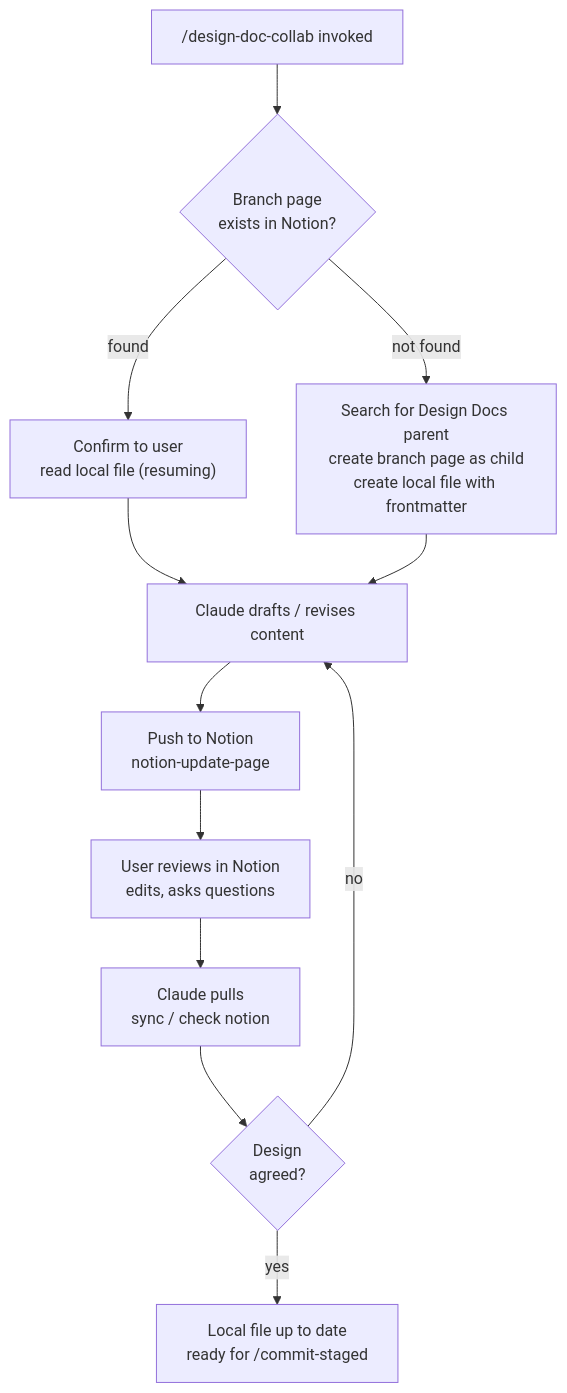
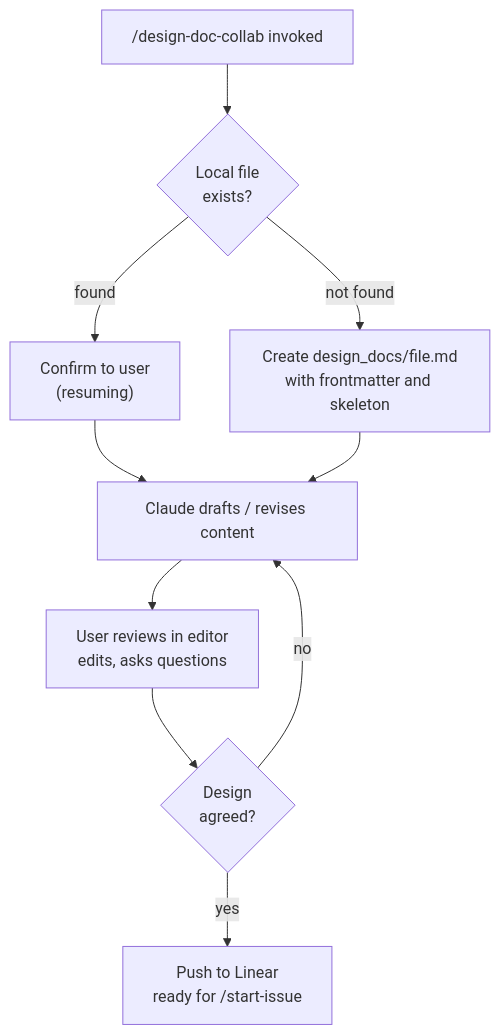
The second of 2 diagrams in README.md (thirdsunhq/dev-workflow), drawn with Mermaid before and after one commit. The commit also changed other lines of this file, not shown here.

First line of the commit message:
docs: update README for Linear stack THI-11

````diff
--- a/README.md
+++ b/README.md
@@ -48,14 +52,12 @@
 ```mermaid
 flowchart TD
-    A["/design-doc-collab invoked"] --> B{"Branch page<br/>exists in Notion?"}
-    B -->|found| C["Confirm to user<br/>read local file (resuming)"]
-    B -->|not found| D["Search for Design Docs parent<br/>create branch page as child<br/>create local file with frontmatter"]
+    A["/design-doc-collab invoked"] --> B{"Local file<br/>exists?"}
+    B -->|found| C["Confirm to user<br/>(resuming)"]
+    B -->|not found| D["Create design_docs/file.md<br/>with frontmatter and skeleton"]
     C --> E["Claude drafts / revises content"]
     D --> E
-    E --> F["Push to Notion<br/>notion-update-page"]
-    F --> G["User reviews in Notion<br/>edits, asks questions"]
-    G --> H["Claude pulls<br/>sync / check notion"]
-    H --> I{"Design<br/>agreed?"}
-    I -->|no| E
-    I -->|yes| J["Local file up to date<br/>ready for /commit-staged"]
+    E --> F["User reviews in editor<br/>edits, asks questions"]
+    F --> G{"Design<br/>agreed?"}
+    G -->|no| E
+    G -->|yes| H["Push to Linear<br/>ready for /start-issue"]
 ```
````
